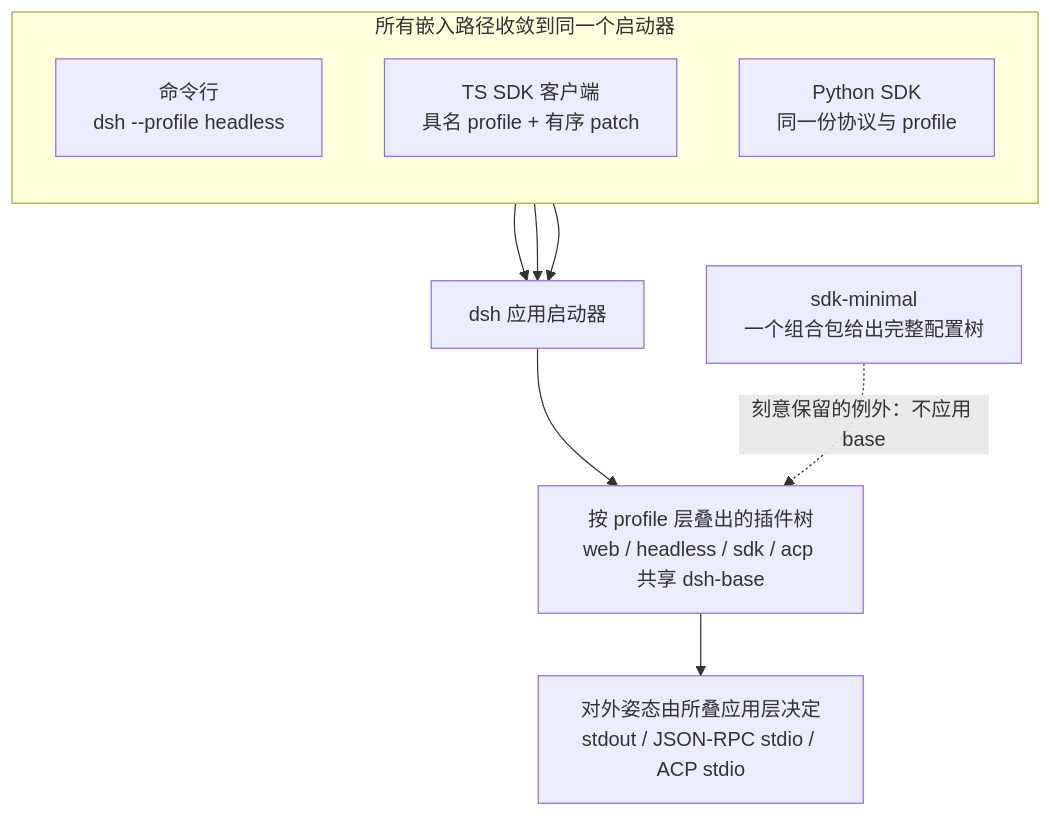
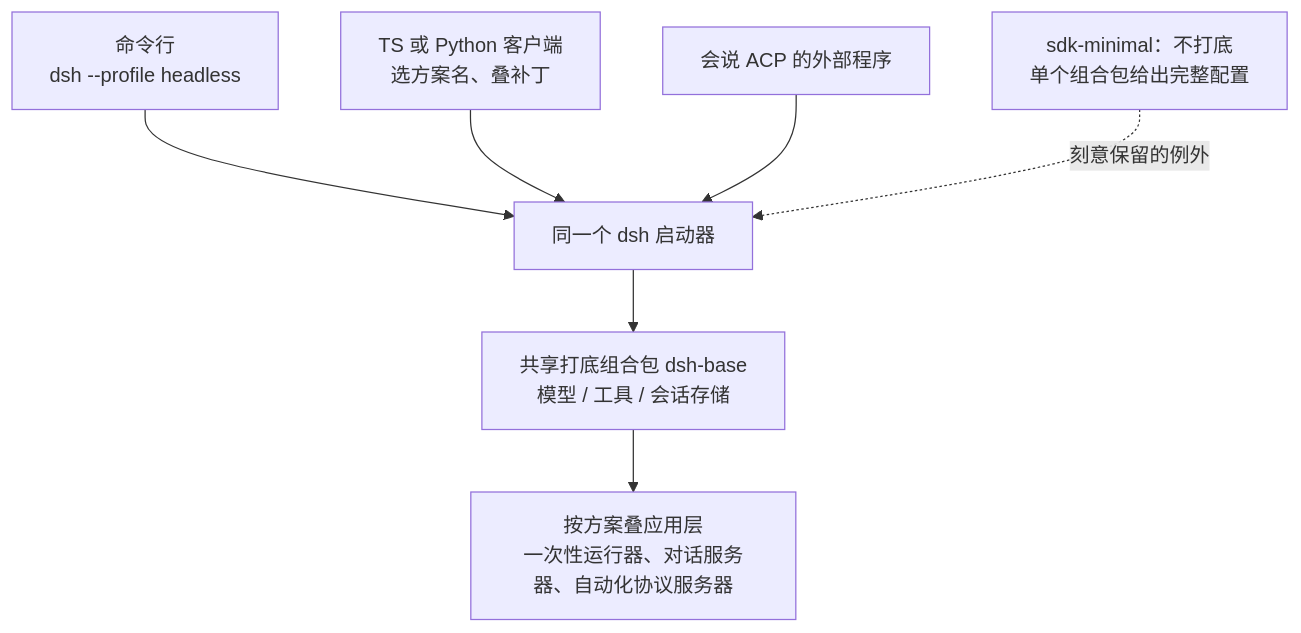
Before and after one commit to anthonyzhao-4926/blog: the first of 4 diagrams in dsh 插件开发学习/31-把 DSH 嵌进自己的应用.md, drawn with Mermaid. The commit also changed other lines of this file and 38 other files, not shown here.

````diff
--- a/dsh 插件开发学习/31-把 DSH 嵌进自己的应用.md
+++ b/dsh 插件开发学习/31-把 DSH 嵌进自己的应用.md
@@ -37,15 +41,12 @@
 ```mermaid
 flowchart TD
-    subgraph entry["所有嵌入路径收敛到同一个启动器"]
-        direction TB
-        CLI["命令行<br/>dsh --profile headless"]
-        TS["TS SDK 客户端<br/>具名 profile + 有序 patch"]
-        PY["Python SDK<br/>同一份协议与 profile"]
-    end
-    CLI --> L["dsh 应用启动器"]
-    TS --> L
-    PY --> L
-    L --> TREE["按 profile 层叠出的插件树<br/>web / headless / sdk / acp 共享 dsh-base"]
-    M["sdk-minimal<br/>一个组合包给出完整配置树"] -.->|"刻意保留的例外：不应用 base"| TREE
-    TREE --> OUT["对外姿态由所叠应用层决定<br/>stdout / JSON-RPC stdio / ACP stdio"]
+    CLI["命令行<br/>dsh --profile headless"]
+    TSPY["TS 或 Python 客户端<br/>选方案名、叠补丁"]
+    ACPC["会说 ACP 的外部程序"]
+    CLI --> L["同一个 dsh 启动器"]
+    TSPY --> L
+    ACPC --> L
+    L --> BASE["共享打底组合包 dsh-base<br/>模型 / 工具 / 会话存储"]
+    BASE --> APP["按方案叠应用层<br/>一次性运行器、对话服务器、自动化协议服务器"]
+    MIN["sdk-minimal：不打底<br/>单个组合包给出完整配置"] -.->|"刻意保留的例外"| L
 ```
````
